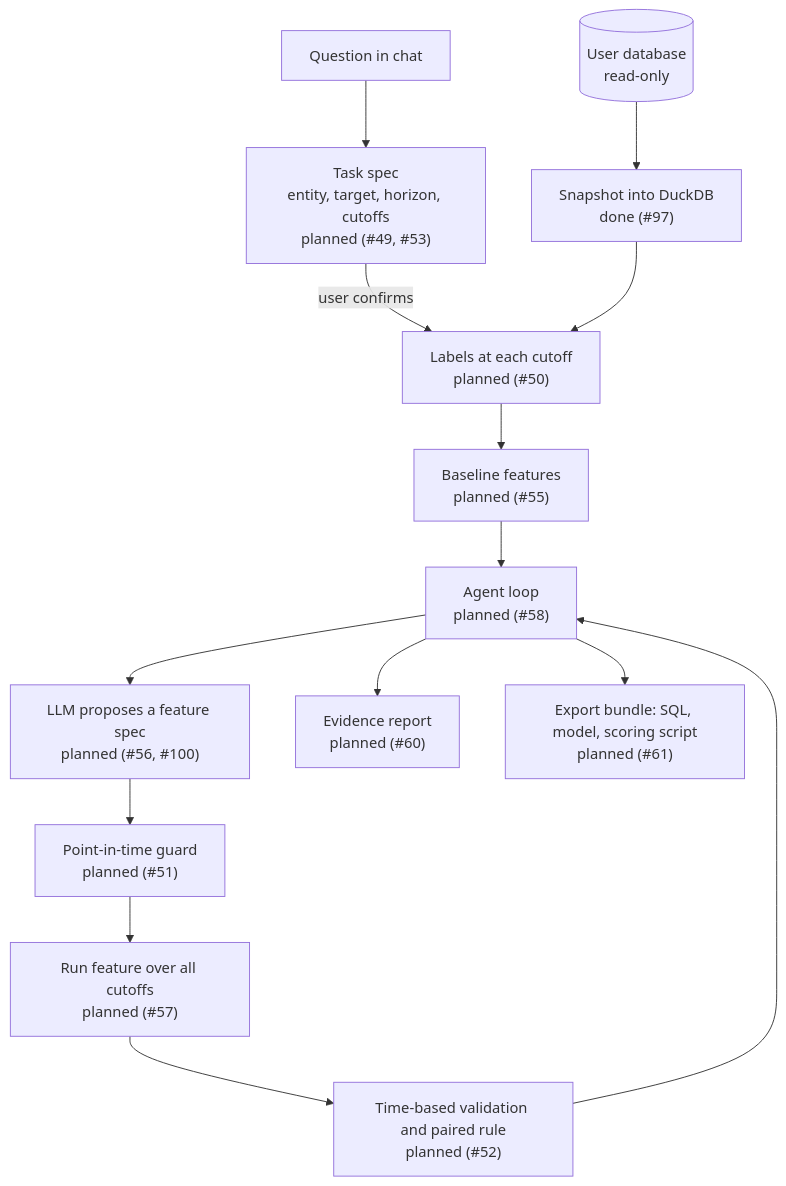
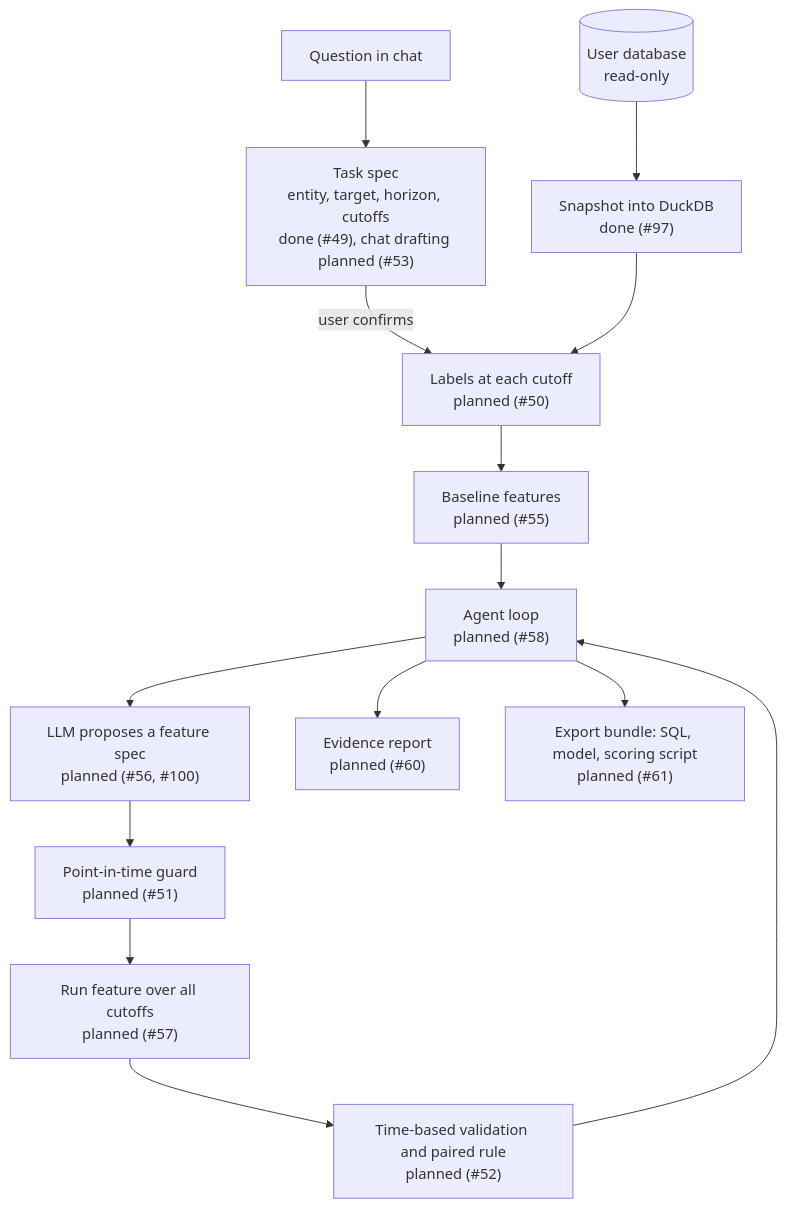
Before and after one commit to Harsh-Yadav-664/ML-Pilot: the third of 4 diagrams in docs/architecture.md, drawn with Mermaid. The commit also changed other lines of this file and 15 other files, not shown here.

First line of the commit message:
[3.1] Prediction task spec: schema, validation and storage (#135)

````diff
--- a/docs/architecture.md
+++ b/docs/architecture.md
@@ -82,16 +83,16 @@
 ```mermaid
 flowchart TD
-    Q["Question in chat"] --> TS["Task spec<br/>entity, target, horizon, cutoffs<br/>planned (#49, #53)"]
+    Q["Question in chat"] --> TS["Task spec<br/>entity, target, horizon, cutoffs<br/>done (#49), chat drafting planned (#53)"]
     TS -->|"user confirms"| LB["Labels at each cutoff<br/>planned (#50)"]
     DB[("User database<br/>read-only")] --> SN["Snapshot into DuckDB<br/>done (#97)"]
     SN --> LB
     LB --> BF["Baseline features<br/>planned (#55)"]
     BF --> LOOP["Agent loop<br/>planned (#58)"]
     LLM["LLM proposes a feature spec<br/>planned (#56, #100)"] --> PG["Point-in-time guard<br/>planned (#51)"]
     PG --> FX["Run feature over all cutoffs<br/>planned (#57)"]
     FX --> TV["Time-based validation and paired rule<br/>planned (#52)"]
     TV --> LOOP
     LOOP --> LLM
     LOOP --> RP["Evidence report<br/>planned (#60)"]
     LOOP --> EX["Export bundle: SQL, model, scoring script<br/>planned (#61)"]
 ```
````
